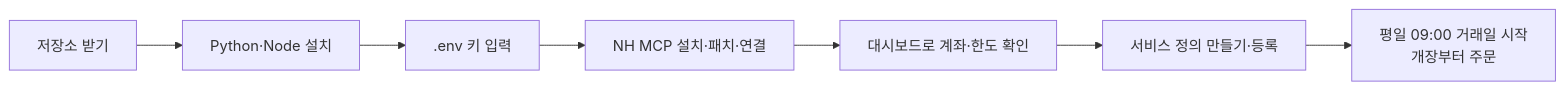
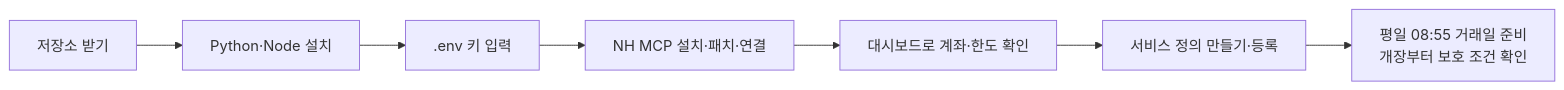
The diagram in docs/getting-started.md (roadkwonai/omni-ai-trading), drawn with Mermaid before and after one commit. The commit also changed other lines of this file and 27 other files, not shown here.

````diff
--- a/docs/getting-started.md
+++ b/docs/getting-started.md
@@ -16,9 +16,9 @@
 ```mermaid
 flowchart LR
   A["저장소 받기"] --> B["Python·Node 설치"]
   B --> C[".env 키 입력"]
   C --> D["NH MCP 설치·패치·연결"]
   D --> E["대시보드로 계좌·한도 확인"]
   E --> F["서비스 정의 만들기·등록"]
-  F --> G["평일 09:00 거래일 시작<br/>개장부터 주문"]
+  F --> G["평일 08:55 거래일 준비<br/>개장부터 보호 조건 확인"]
 ```
````
